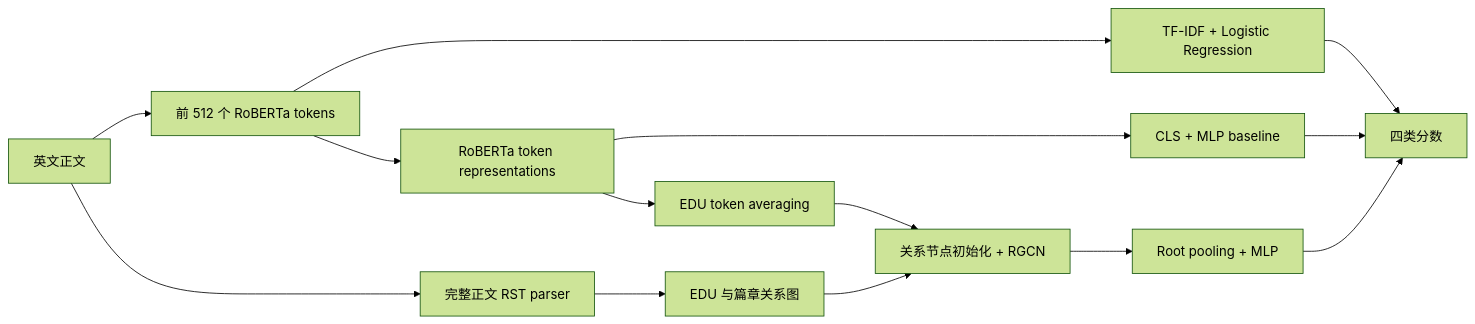
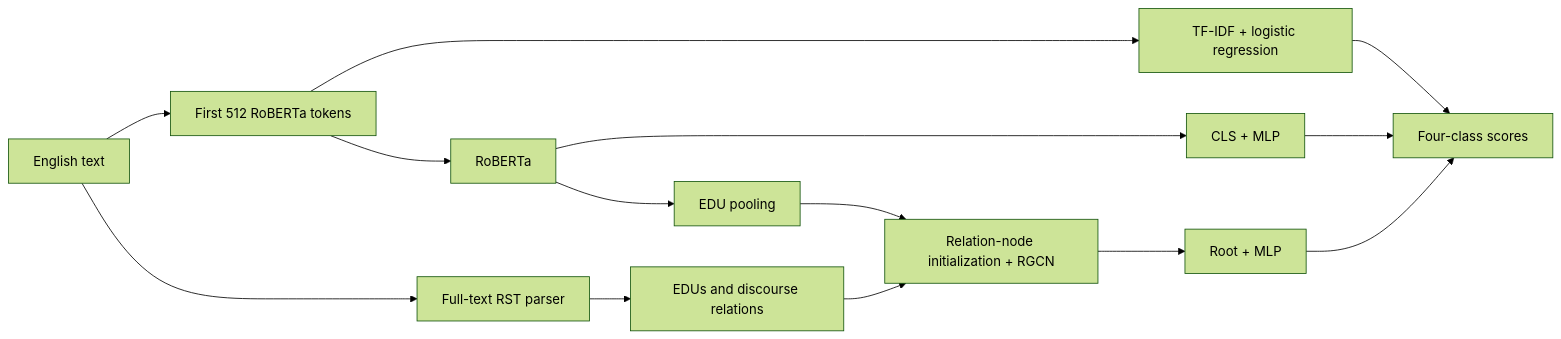
One commit to Realsbt/ee6405-nlp-project changed the diagram in experiments/VIDEO_OUTLINE.md. Above: the diagram before and after it, drawn with Mermaid (forest theme). The commit also changed other lines of this file and 5 other files, not shown here.

````diff
--- a/experiments/VIDEO_OUTLINE.md
+++ b/experiments/VIDEO_OUTLINE.md
@@ -20,16 +20,16 @@
 ```mermaid
 flowchart LR
-    T[英文正文] --> V[前 512 个 RoBERTa tokens]
-    V --> F[TF-IDF + Logistic Regression]
-    V --> B[RoBERTa token representations]
-    B --> C[CLS + MLP baseline]
-    T --> P[完整正文 RST parser]
-    P --> G[EDU 与篇章关系图]
-    B --> E[EDU token averaging]
-    E --> R[关系节点初始化 + RGCN]
+    T[English text] --> V[First 512 RoBERTa tokens]
+    V --> F[TF-IDF + logistic regression]
+    V --> B[RoBERTa]
+    B --> C[CLS + MLP]
+    T --> P[Full-text RST parser]
+    P --> G[EDUs and discourse relations]
+    B --> E[EDU pooling]
+    E --> R[Relation-node initialization + RGCN]
     G --> R
-    R --> O[Root pooling + MLP]
-    F --> Y[四类分数]
+    R --> O[Root + MLP]
+    F --> Y[Four-class scores]
     C --> Y
     O --> Y
 ```
````
